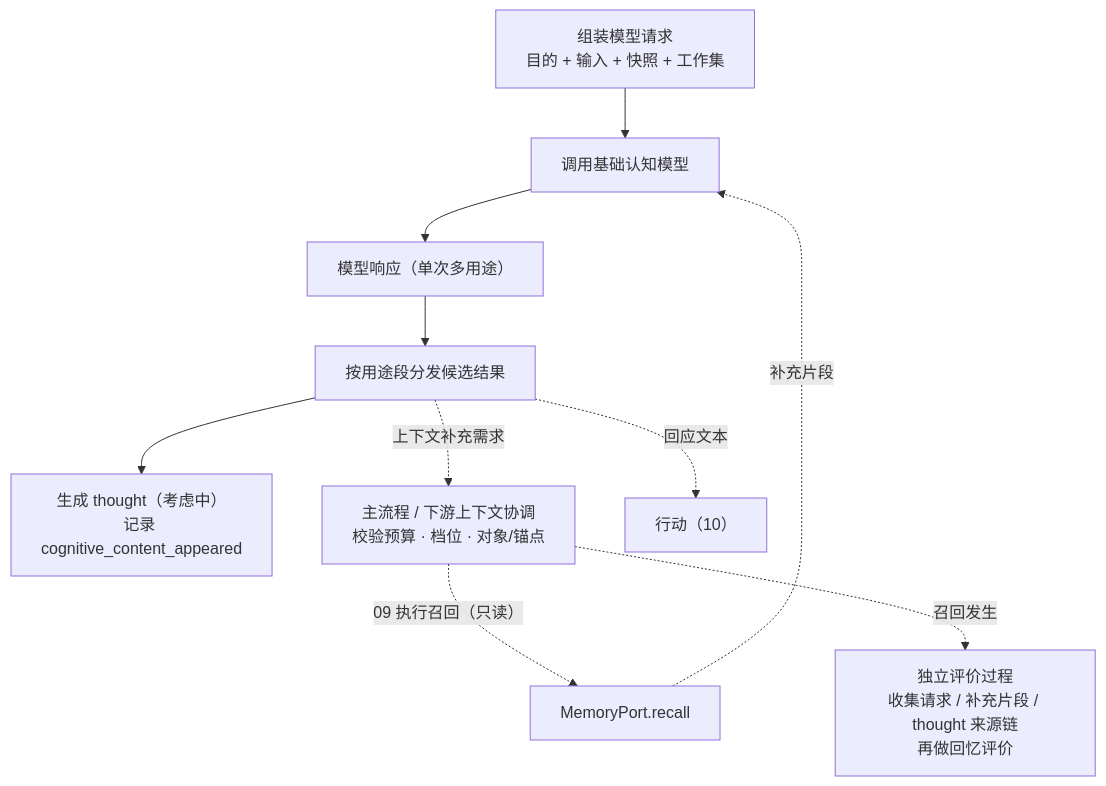
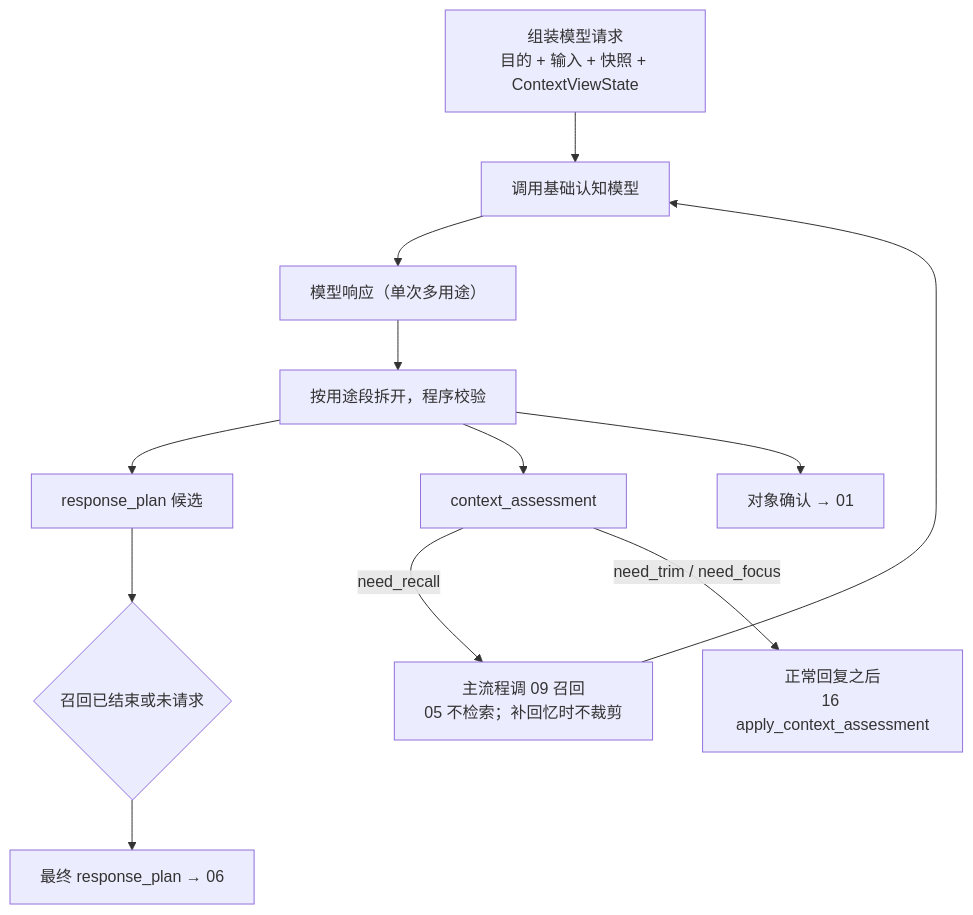
Before and after one commit to Llllsuhdjhhd/JShi: the diagram in doc/design/05-认知与追加召回.md, drawn with Mermaid. The commit also changed other lines of this file and 28 other files, not shown here.

First line of the commit message:
feat: keep context as an incrementally edited view on the experience ledger

````diff
--- a/doc/design/05-认知与追加召回.md
+++ b/doc/design/05-认知与追加召回.md
@@ -33,12 +32,14 @@
 ```mermaid
 flowchart TB
-    REQ["组装模型请求<br/>目的 + 输入 + 快照 + 工作集"] --> LLM["调用基础认知模型"]
+    REQ["组装模型请求<br/>目的 + 输入 + 快照 + ContextViewState"] --> LLM["调用基础认知模型"]
     LLM --> RESP["模型响应（单次多用途）"]
-    RESP --> SPLIT["按用途段分发候选结果"]
-    SPLIT --> THOUGHT["生成 thought（考虑中）<br/>记录 cognitive_content_appeared"]
-    SPLIT -. "上下文补充需求" .-> COORD["主流程 / 下游上下文协调<br/>校验预算 · 档位 · 对象/锚点"]
-    COORD -. "09 执行召回（只读）" .-> MEM["MemoryPort.recall"]
-    MEM -. "补充片段" .-> LLM
-    COORD -. "召回发生" .-> EVAL["独立评价过程<br/>收集请求 / 补充片段 / thought 来源链<br/>再做回忆评价"]
-    SPLIT -. "回应文本" .-> ACT["行动（10）"]
+    RESP --> SPLIT["按用途段拆开，程序校验"]
+    SPLIT --> PLAN["response_plan 候选"]
+    SPLIT --> CTX["context_assessment"]
+    SPLIT --> OBJ["对象确认 → 01"]
+    CTX -->|need_recall| COORD["主流程调 09 召回<br/>05 不检索；补回忆时不裁剪"]
+    COORD --> LLM
+    PLAN --> FINAL{"召回已结束或未请求"}
+    FINAL --> MARK["最终 response_plan → 06"]
+    CTX -->|need_trim / need_focus| LATER["正常回复之后<br/>16 apply_context_assessment"]
 ```
````
